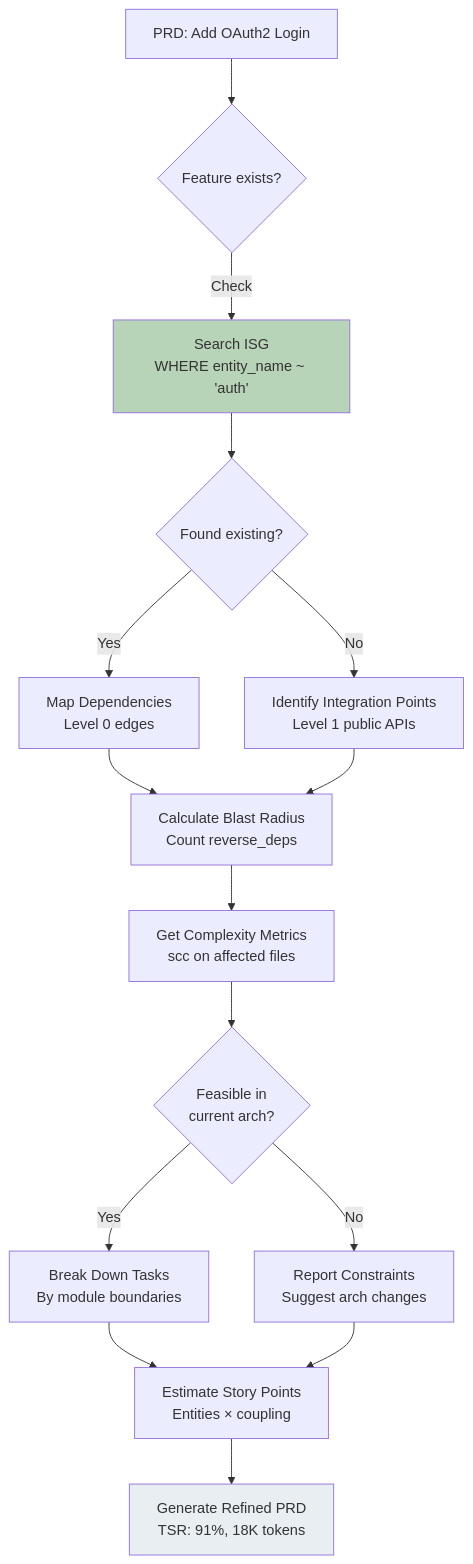
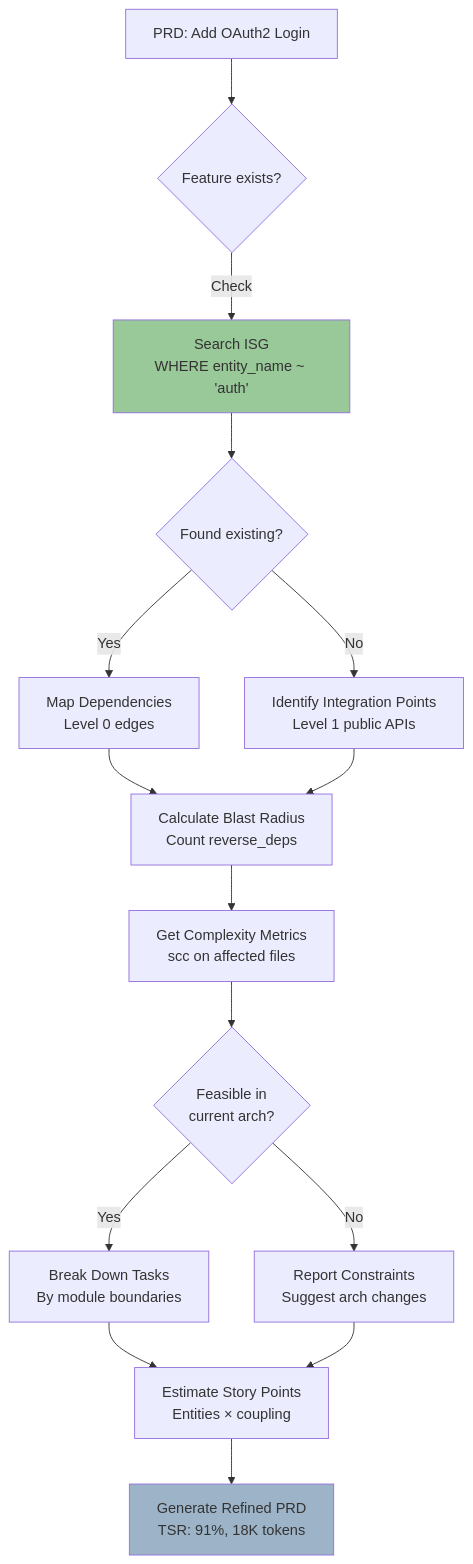
Before and after one commit to that-in-rust/parseltongue: the fourth of 8 diagrams in .claude/parseltongue-ultrathink.md, drawn with Mermaid. The commit also changed other lines of this file, not shown here.

````diff
--- a/.claude/parseltongue-ultrathink.md
+++ b/.claude/parseltongue-ultrathink.md
@@ -255,20 +255,20 @@
   ```mermaid
   flowchart TD
       A[PRD: Add OAuth2 Login] --> B{Feature exists?}
       B -->|Check| C[Search ISG<br/>WHERE entity_name ~ 'auth']
       C --> D{Found existing?}
       D -->|Yes| E[Map Dependencies<br/>Level 0 edges]
       D -->|No| F[Identify Integration Points<br/>Level 1 public APIs]
       E --> G[Calculate Blast Radius<br/>Count reverse_deps]
       F --> G
       G --> H[Get Complexity Metrics<br/>scc on affected files]
       H --> I{Feasible in<br/>current arch?}
       I -->|Yes| J[Break Down Tasks<br/>By module boundaries]
       I -->|No| K[Report Constraints<br/>Suggest arch changes]
       J --> L[Estimate Story Points<br/>Entities × coupling]
       K --> L
       L --> M[Generate Refined PRD<br/>TSR: 91%, 18K tokens]
 
-      style C fill:#B8D4B8
-      style M fill:#E8EEF2
+      style C fill:#99C899
+      style M fill:#9DB4C8
   ```
````
